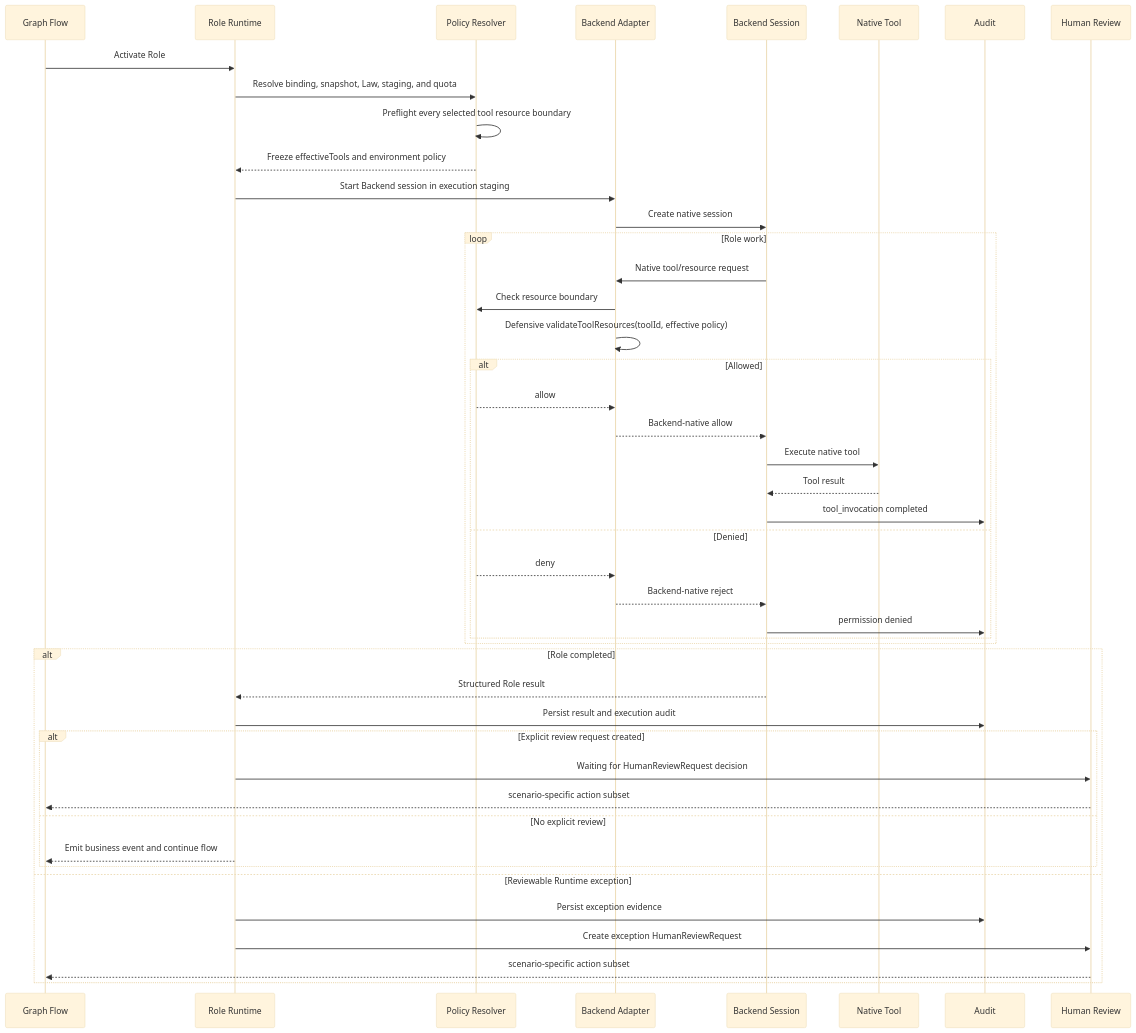
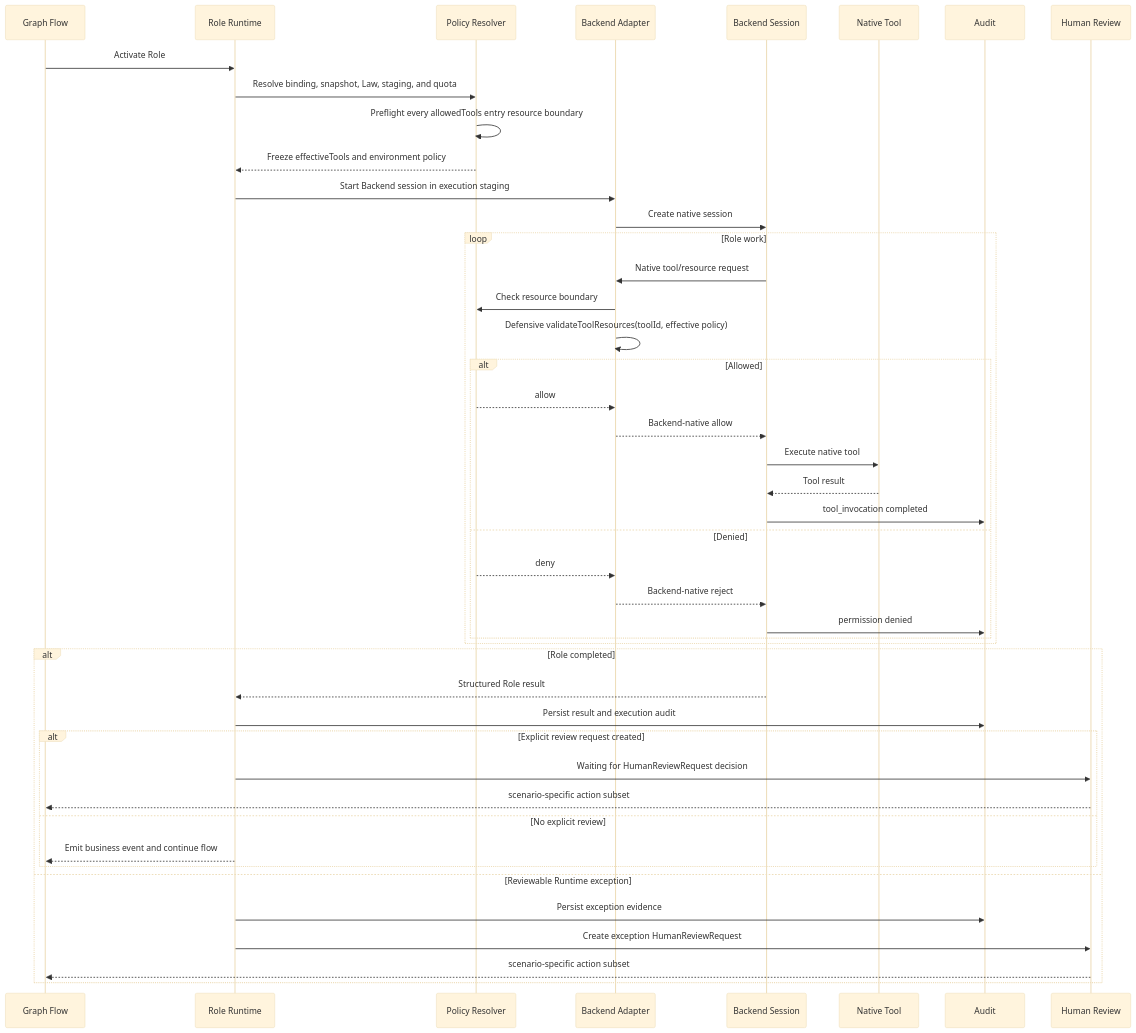
Before and after one commit to Fredericzhou/ogsystem: the fifth of 7 diagrams in docs/development/role-execution-architecture.md, drawn with Mermaid (base theme). The commit also changed other lines of this file and 1 other file, not shown here.

````diff
--- a/docs/development/role-execution-architecture.md
+++ b/docs/development/role-execution-architecture.md
@@ -1547,50 +1603,50 @@
 ```mermaid
 sequenceDiagram
     participant F as Graph Flow
     participant R as Role Runtime
     participant P as Policy Resolver
     participant A as Backend Adapter
     participant B as Backend Session
     participant T as Native Tool
     participant U as Audit
     participant H as Human Review
 
     F->>R: Activate Role
     R->>P: Resolve binding, snapshot, Law, staging, and quota
-    P->>P: Preflight every selected tool resource boundary
+    P->>P: Preflight every allowedTools entry resource boundary
     P-->>R: Freeze effectiveTools and environment policy
     R->>A: Start Backend session in execution staging
     A->>B: Create native session
 
     loop Role work
         B->>A: Native tool/resource request
         A->>P: Check resource boundary
         A->>A: Defensive validateToolResources(toolId, effective policy)
         alt Allowed
             P-->>A: allow
             A-->>B: Backend-native allow
             B->>T: Execute native tool
             T-->>B: Tool result
             B->>U: tool_invocation completed
         else Denied
             P-->>A: deny
             A-->>B: Backend-native reject
             B->>U: permission denied
         end
     end
 
     alt Role completed
         B-->>R: Structured Role result
         R->>U: Persist result and execution audit
         alt Explicit review request created
             R->>H: Waiting for HumanReviewRequest decision
             H-->>F: scenario-specific action subset
         else No explicit review
             R-->>F: Emit business event and continue flow
         end
     else Reviewable Runtime exception
         R->>U: Persist exception evidence
         R->>H: Create exception HumanReviewRequest
         H-->>F: scenario-specific action subset
     end
 ```
````
